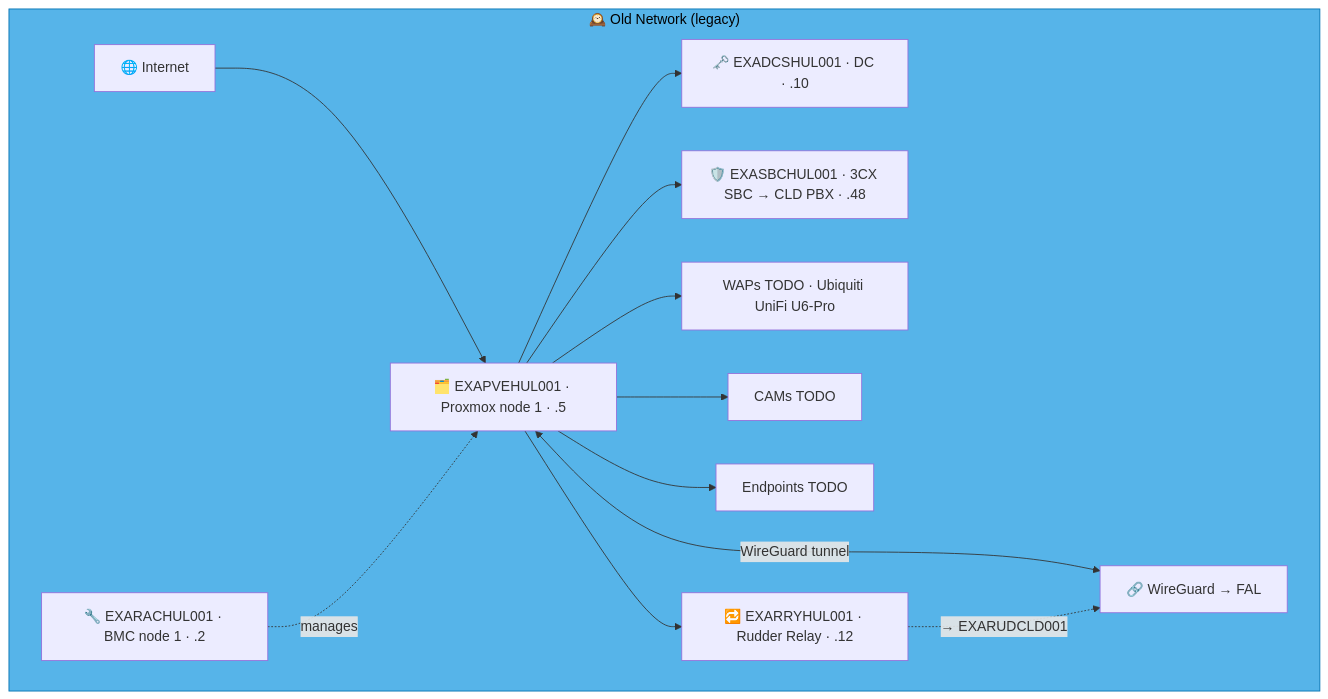
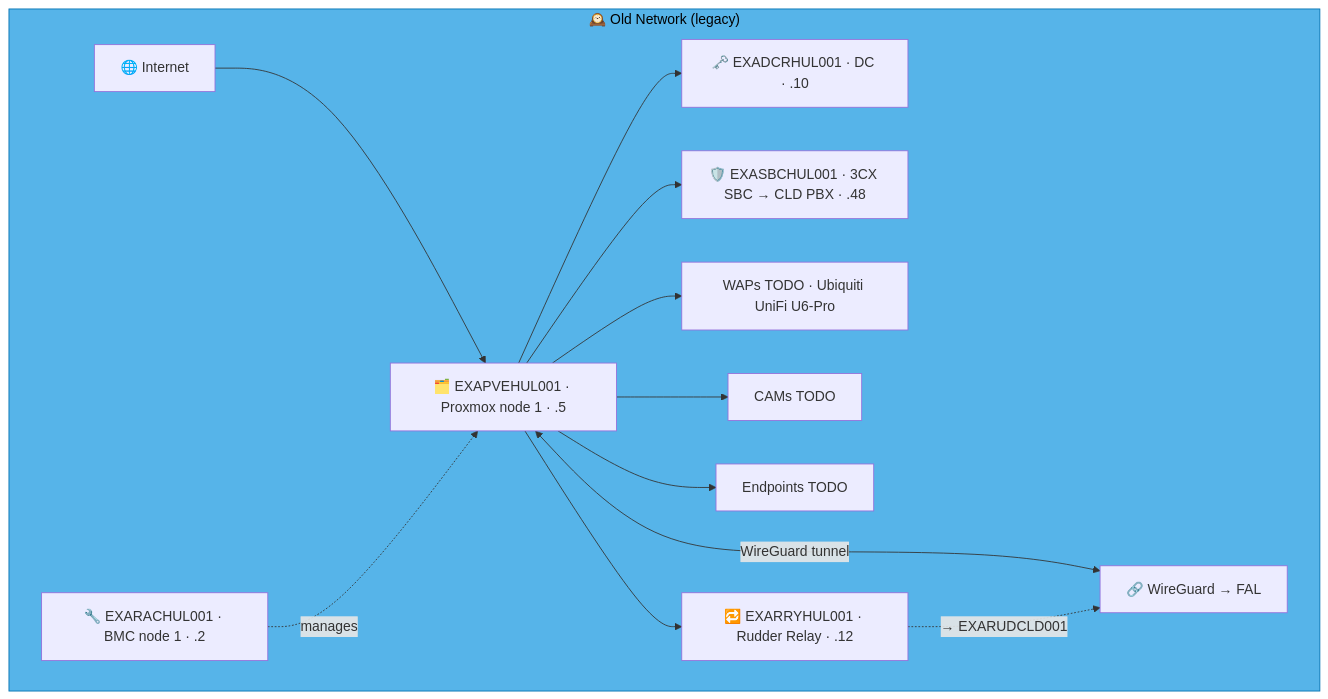
Before and after one commit to knightmare2600/example_music_infra: diagram 23 of 27 in docs/network-diagram/england.md, drawn with Mermaid. The commit also changed other lines of this file and 8 other files, not shown here.

````diff
--- a/docs/network-diagram/england.md
+++ b/docs/network-diagram/england.md
@@ -1075,24 +1060,24 @@
 ```mermaid
 graph TD
     subgraph OLD_HUL ["🕰️ Old Network (legacy)"]
       INET["🌐 Internet"]
       RAC["🔧 EXARACHUL001 · BMC node 1 · .2"]
       PVE["🗂️ EXAPVEHUL001 · Proxmox node 1 · .5"]
-      DC["🗝️ EXADCSHUL001 · DC · .10"]
+      DC["🗝️ EXADCRHUL001 · DC · .10"]
       SBC["🛡️ EXASBCHUL001 · 3CX SBC → CLD PBX · .48"]
       RRY["🔁 EXARRYHUL001 · Rudder Relay · .12"]
       WAP["WAPs TODO · Ubiquiti UniFi U6-Pro"]
       CAM["CAMs TODO"]
       EP["Endpoints TODO"]
       VPN["🔗 WireGuard → FAL"]
 
       INET --> PVE --> DC & SBC
       RAC -.->|"manages"| PVE
       PVE --> WAP & CAM & EP
       PVE <-->|"WireGuard tunnel"| VPN
 
       PVE --> RRY
       RRY -. "→ EXARUDCLD001" .-> VPN
     end
     style OLD_HUL fill:#56B4E9,stroke:#0072B2,color:#000000
 ```
````
